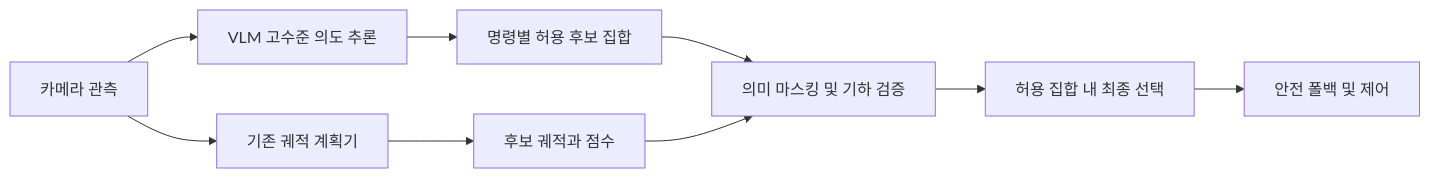
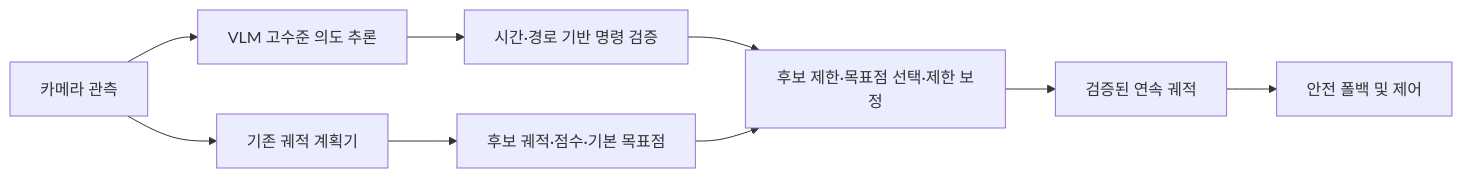
Before and after one commit to YuMinBee/vlm-guided-planner-intervention: the diagram in README.md, drawn with Mermaid. The commit also changed other lines of this file and 9 other files, not shown here.

````diff
--- a/README.md
+++ b/README.md
@@ -19,11 +21,11 @@
 ```mermaid
 flowchart LR
     A[카메라 관측] --> B[VLM 고수준 의도 추론]
     A --> C[기존 궤적 계획기]
-    B --> D[명령별 허용 후보 집합]
-    C --> E[후보 궤적과 점수]
-    D --> F[의미 마스킹 및 기하 검증]
+    B --> D[시간·경로 기반 명령 검증]
+    C --> E[후보 궤적·점수·기본 목표점]
+    D --> F[후보 제한·목표점 선택·제한 보정]
     E --> F
-    F --> G[허용 집합 내 최종 선택]
+    F --> G[검증된 연속 궤적]
     G --> H[안전 폴백 및 제어]
 ```
````
